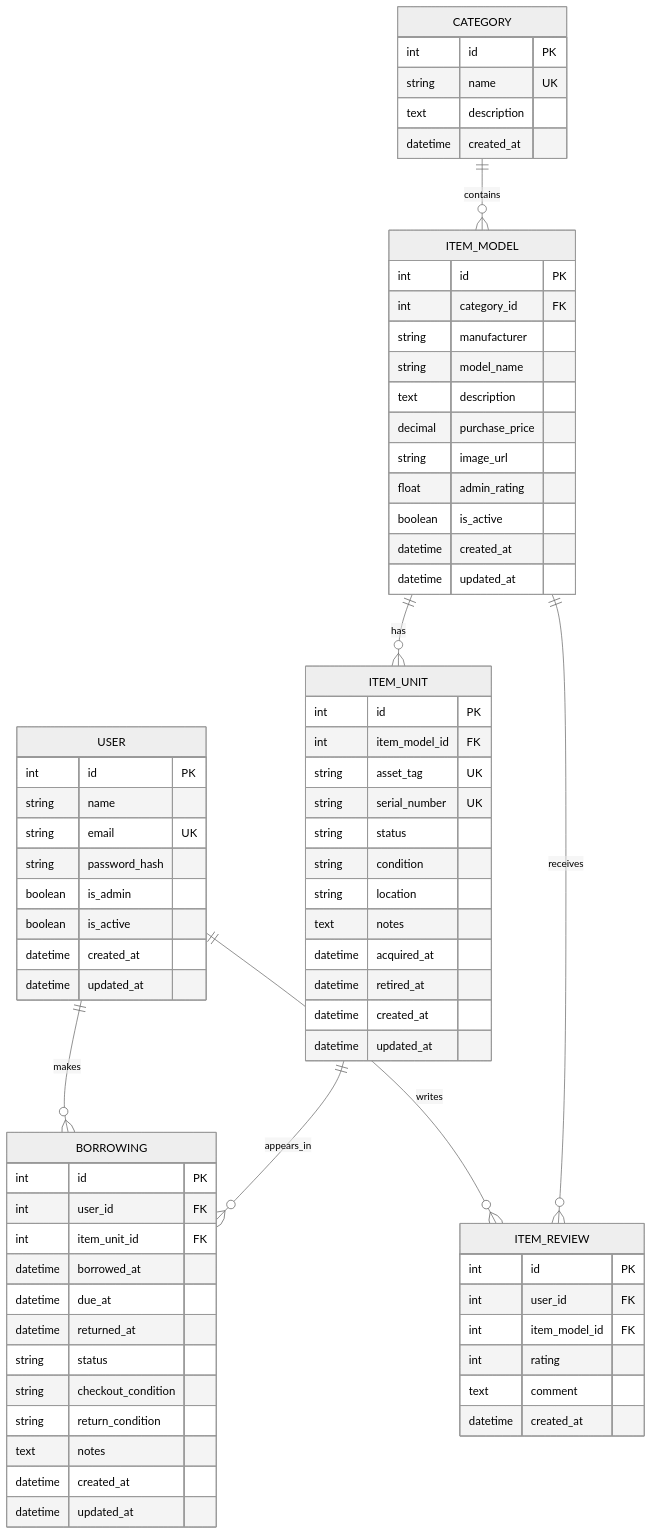
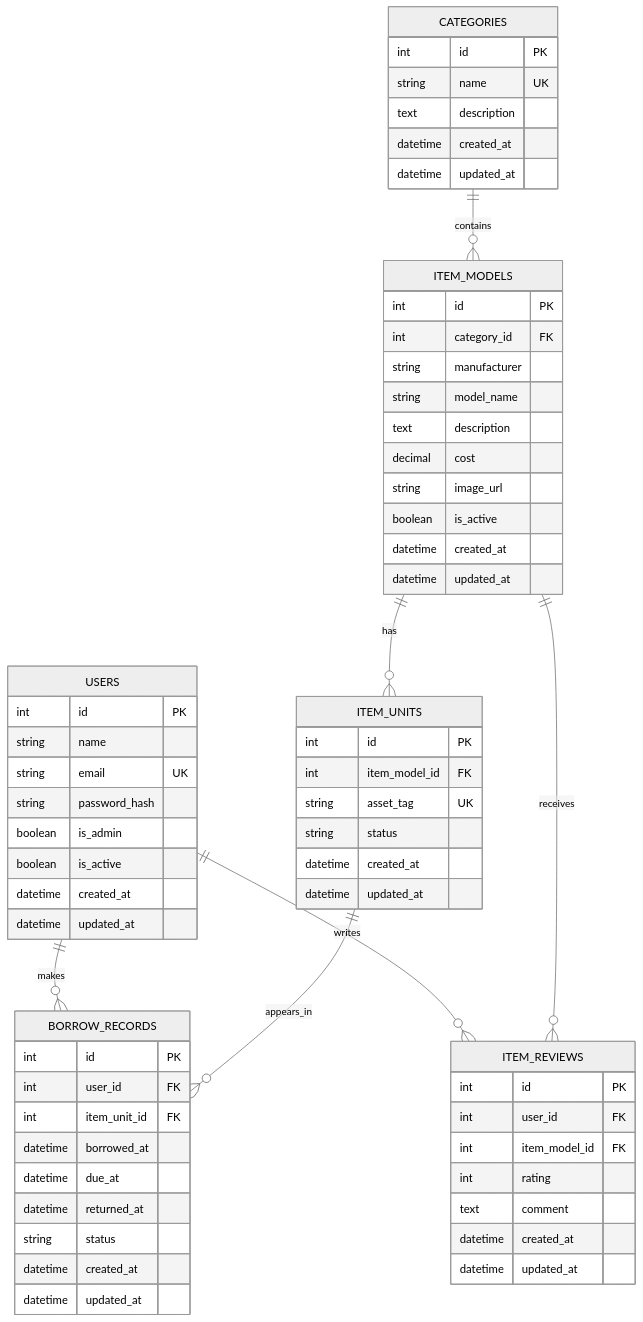
One commit to simt0m/PeriPool changed the diagram in docs/database_erd.md. Above: the diagram before and after it, drawn with Mermaid (neutral theme). The commit also changed other lines of this file and 1 other file, not shown here.

Commit message:
Updated readme with setup instructions and fixed old ERD doc

````diff
--- a/docs/database_erd.md
+++ b/docs/database_erd.md
@@ -5,16 +6,16 @@
 ```mermaid
 erDiagram
-    USER ||--o{ BORROWING : makes
-    USER ||--o{ ITEM_REVIEW : writes
+    USERS ||--o{ BORROW_RECORDS : makes
+    USERS ||--o{ ITEM_REVIEWS : writes
 
-    CATEGORY ||--o{ ITEM_MODEL : contains
+    CATEGORIES ||--o{ ITEM_MODELS : contains
 
-    ITEM_MODEL ||--o{ ITEM_UNIT : has
-    ITEM_MODEL ||--o{ ITEM_REVIEW : receives
+    ITEM_MODELS ||--o{ ITEM_UNITS : has
+    ITEM_MODELS ||--o{ ITEM_REVIEWS : receives
 
-    ITEM_UNIT ||--o{ BORROWING : appears_in
+    ITEM_UNITS ||--o{ BORROW_RECORDS : appears_in
 
-    USER {
+    USERS {
         int id PK
         string name
         string email UK
@@ -25,43 +26,37 @@
         datetime updated_at
     }
 
-    CATEGORY {
+    CATEGORIES {
         int id PK
         string name UK
         text description
         datetime created_at
+        datetime updated_at
     }
 
-    ITEM_MODEL {
+    ITEM_MODELS {
         int id PK
         int category_id FK
         string manufacturer
         string model_name
         text description
-        decimal purchase_price
+        decimal cost
         string image_url
-        float admin_rating
         boolean is_active
         datetime created_at
         datetime updated_at
     }
 
-    ITEM_UNIT {
+    ITEM_UNITS {
         int id PK
         int item_model_id FK
         string asset_tag UK
-        string serial_number UK
         string status
-        string condition
-        string location
-        text notes
-        datetime acquired_at
-        datetime retired_at
         datetime created_at
         datetime updated_at
     }
 
-    BORROWING {
+    BORROW_RECORDS {
         int id PK
         int user_id FK
         int item_unit_id FK
@@ -69,19 +64,17 @@
         datetime due_at
         datetime returned_at
         string status
-        string checkout_condition
-        string return_condition
-        text notes
         datetime created_at
         datetime updated_at
     }
 
-    ITEM_REVIEW {
+    ITEM_REVIEWS {
         int id PK
         int user_id FK
         int item_model_id FK
         int rating
         text comment
         datetime created_at
+        datetime updated_at
     }
 ```
````
